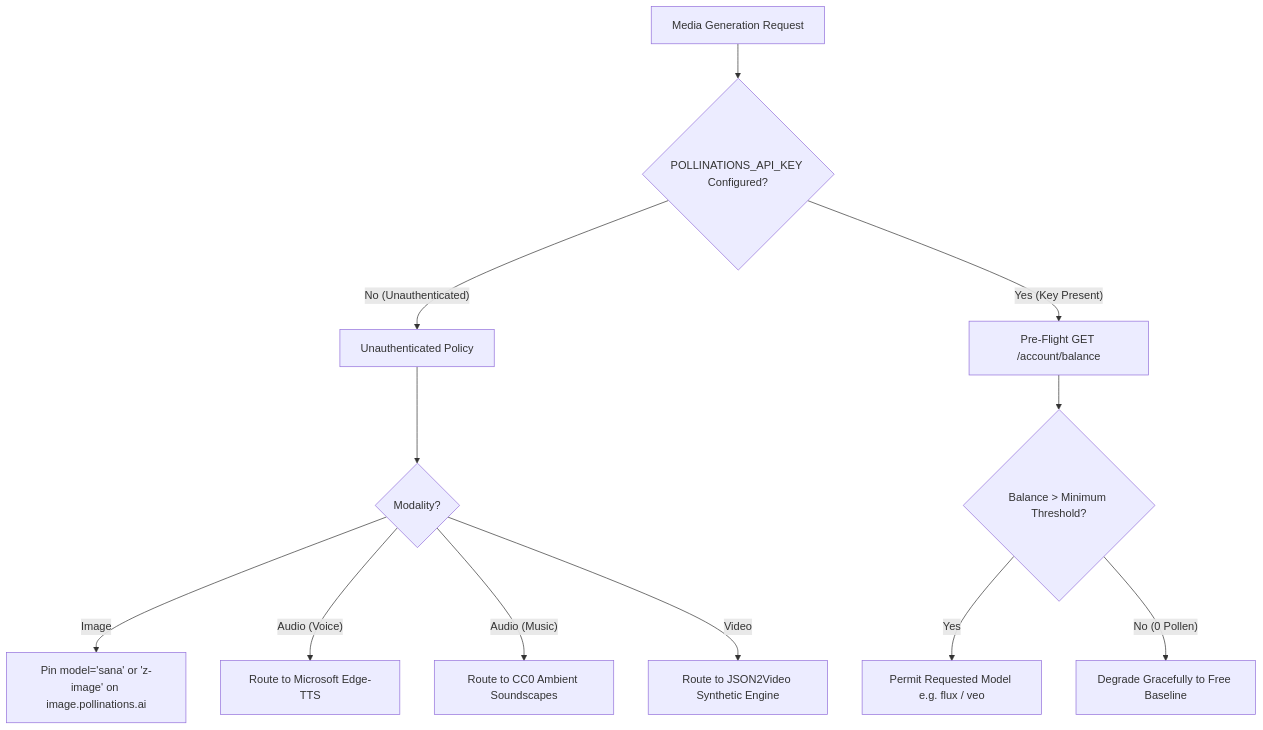
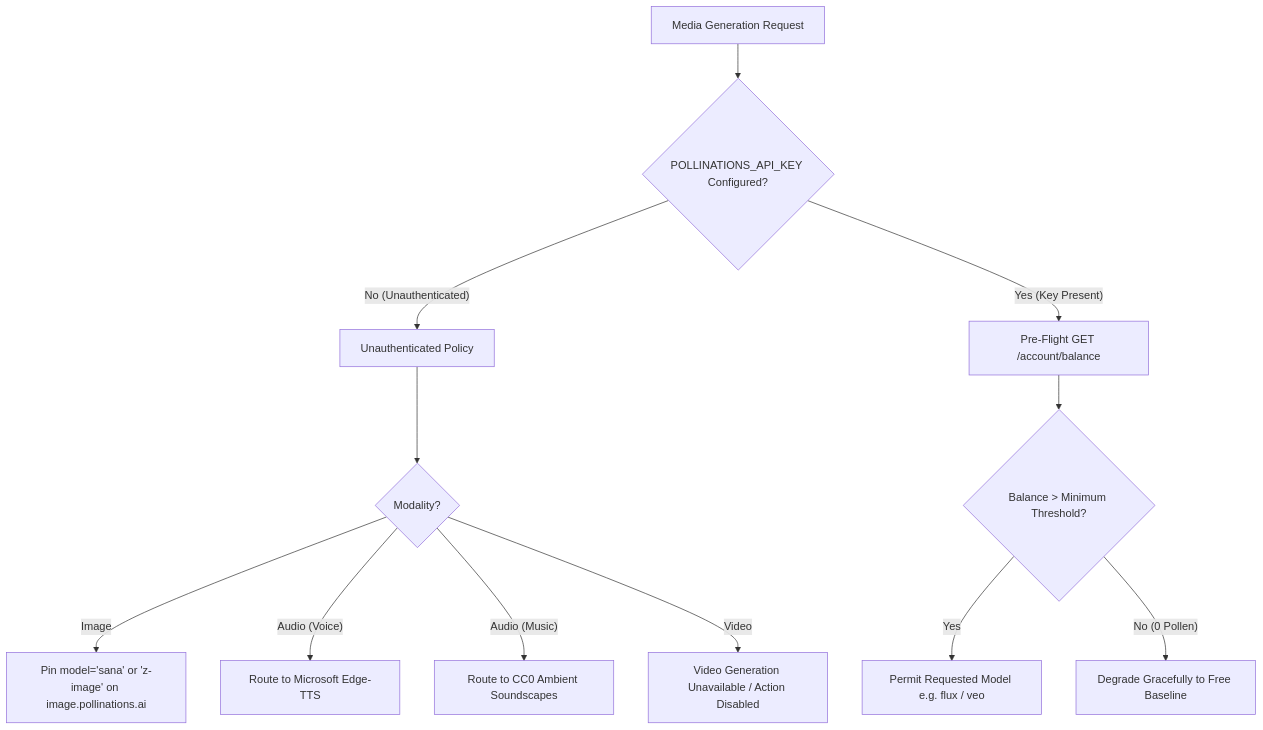
The diagram in docs/POLLINATIONS_CAPABILITY_MATRIX.md (syed-imadulla/Praroha), drawn with Mermaid before and after one commit. The commit also changed other lines of this file and 27 other files, not shown here.

````diff
--- a/docs/POLLINATIONS_CAPABILITY_MATRIX.md
+++ b/docs/POLLINATIONS_CAPABILITY_MATRIX.md
@@ -199,16 +199,16 @@
 ```mermaid
 graph TD
     Req[Media Generation Request] --> CheckAuth{POLLINATIONS_API_KEY Configured?}
     
     CheckAuth -- No (Unauthenticated) --> UnauthRoute[Unauthenticated Policy]
     UnauthRoute --> ImgCheck{Modality?}
     ImgCheck -- Image --> PinFree[Pin model='sana' or 'z-image' on image.pollinations.ai]
     ImgCheck -- Audio (Voice) --> EdgeTTS[Route to Microsoft Edge-TTS]
     ImgCheck -- Audio (Music) --> LocalCC0[Route to CC0 Ambient Soundscapes]
-    ImgCheck -- Video --> J2V[Route to JSON2Video Synthetic Engine]
+    ImgCheck -- Video --> VideoDisabled[Video Generation Unavailable / Action Disabled]
     
     CheckAuth -- Yes (Key Present) --> Preflight[Pre-Flight GET /account/balance]
     Preflight --> Solvency{Balance > Minimum Threshold?}
     Solvency -- Yes --> Premium[Permit Requested Model e.g. flux / veo]
     Solvency -- No (0 Pollen) --> Fallback[Degrade Gracefully to Free Baseline]
 ```
````
